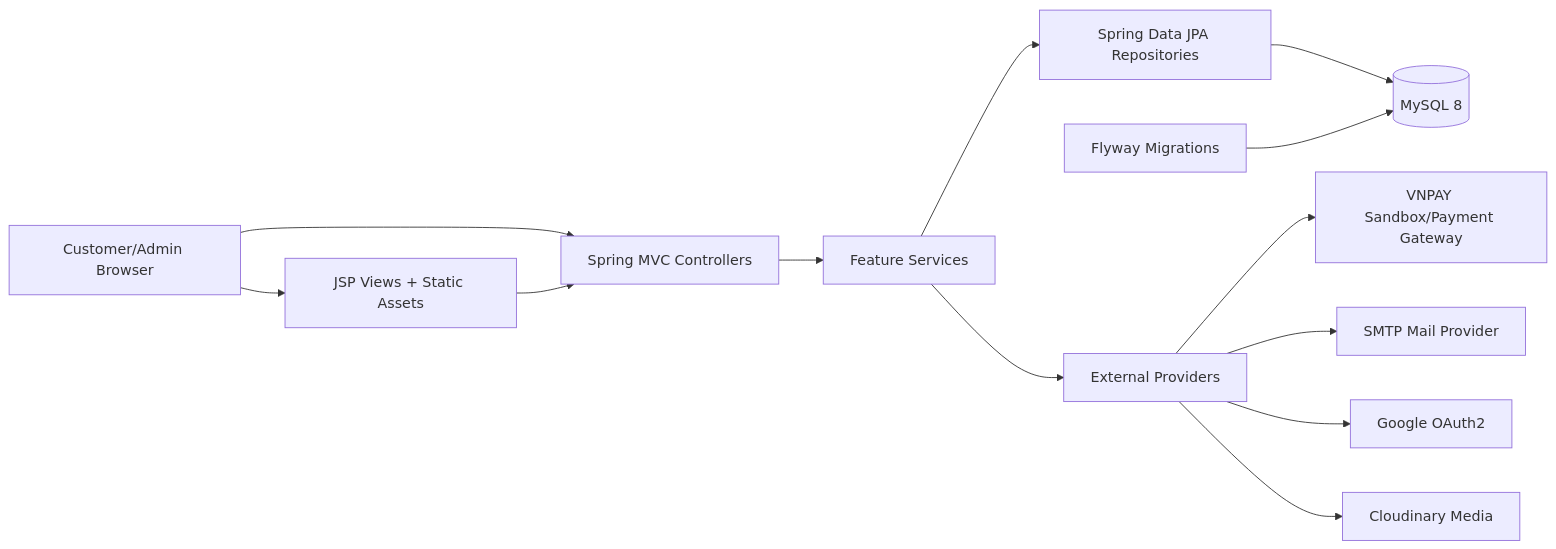
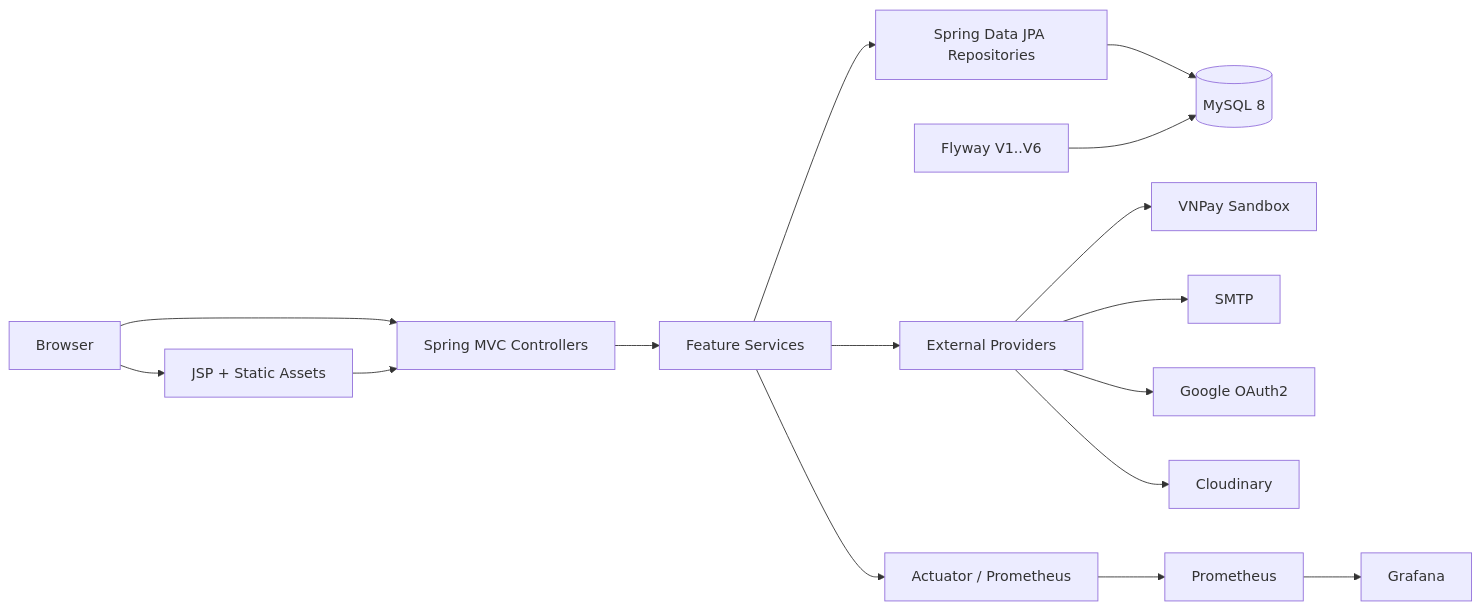
Before and after one commit to supaFrik/Nike-e-commerce-web-application: the first of 4 diagrams in README.md, drawn with Mermaid. The commit also changed other lines of this file and 7 other files, not shown here.

````diff
--- a/README.md
+++ b/README.md
@@ -78,25 +74,18 @@
 ```mermaid
 flowchart LR
-    Browser[Customer/Admin Browser]
-    JSP[JSP Views + Static Assets]
-    Controllers[Spring MVC Controllers]
-    Services[Feature Services]
-    Repositories[Spring Data JPA Repositories]
-    DB[(MySQL 8)]
-    Flyway[Flyway Migrations]
-    External[External Providers]
-
-    Browser --> JSP
-    Browser --> Controllers
-    JSP --> Controllers
-    Controllers --> Services
-    Services --> Repositories
-    Repositories --> DB
-    Flyway --> DB
-    Services --> External
-
-    External --> VNPAY[VNPAY Sandbox/Payment Gateway]
-    External --> Mail[SMTP Mail Provider]
-    External --> OAuth[Google OAuth2]
-    External --> Cloudinary[Cloudinary Media]
+  U[Browser] --> JSP[JSP + Static Assets]
+  U --> C[Spring MVC Controllers]
+  JSP --> C
+  C --> S[Feature Services]
+  S --> R[Spring Data JPA Repositories]
+  R --> DB[(MySQL 8)]
+  Flyway[Flyway V1..V6] --> DB
+  S --> Ext[External Providers]
+  Ext --> VNPay[VNPay Sandbox]
+  Ext --> Mail[SMTP]
+  Ext --> OAuth[Google OAuth2]
+  Ext --> Cloudinary[Cloudinary]
+  S --> Actuator[Actuator / Prometheus]
+  Actuator --> Prometheus[Prometheus]
+  Prometheus --> Grafana[Grafana]
 ```
````
